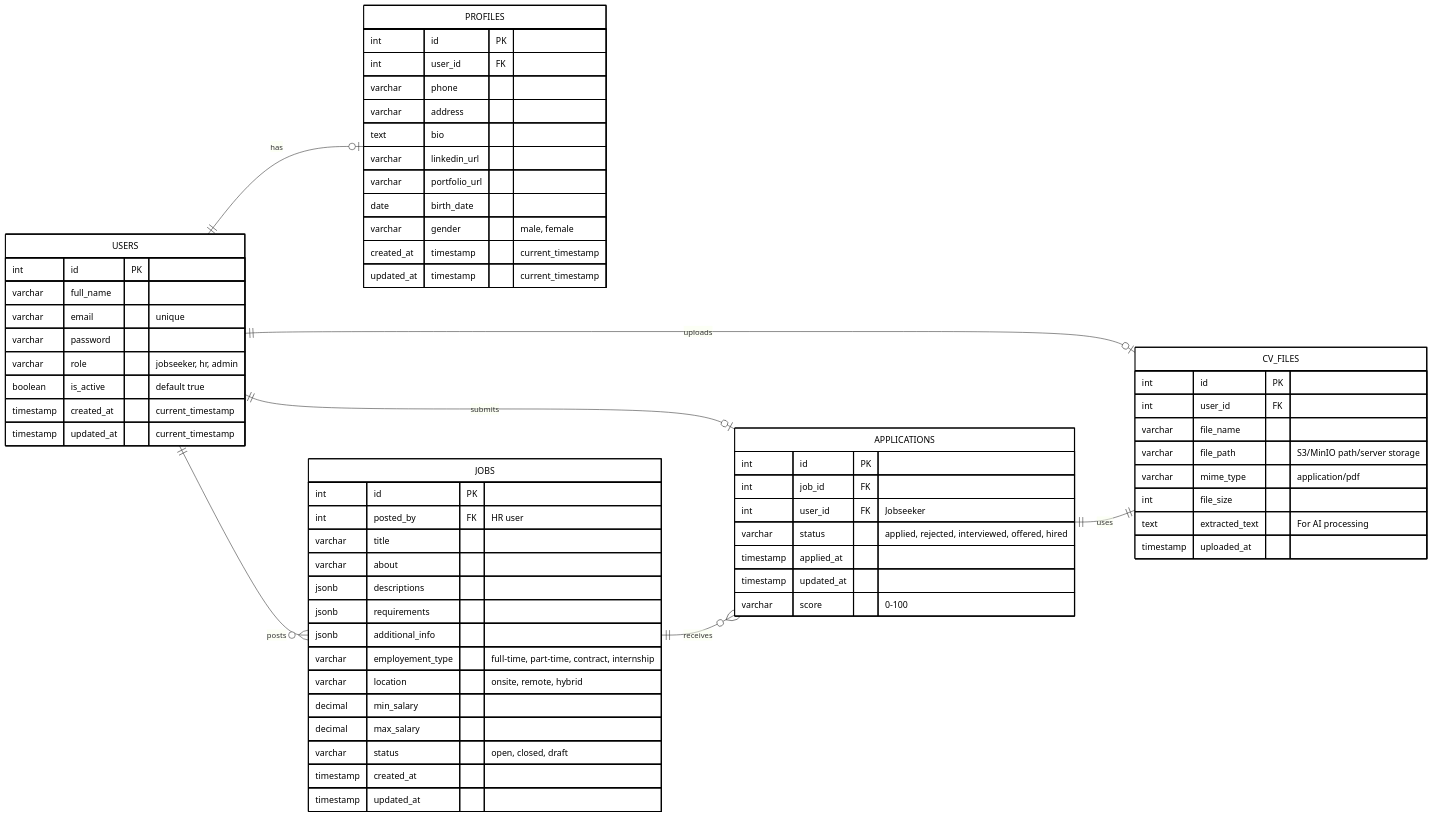
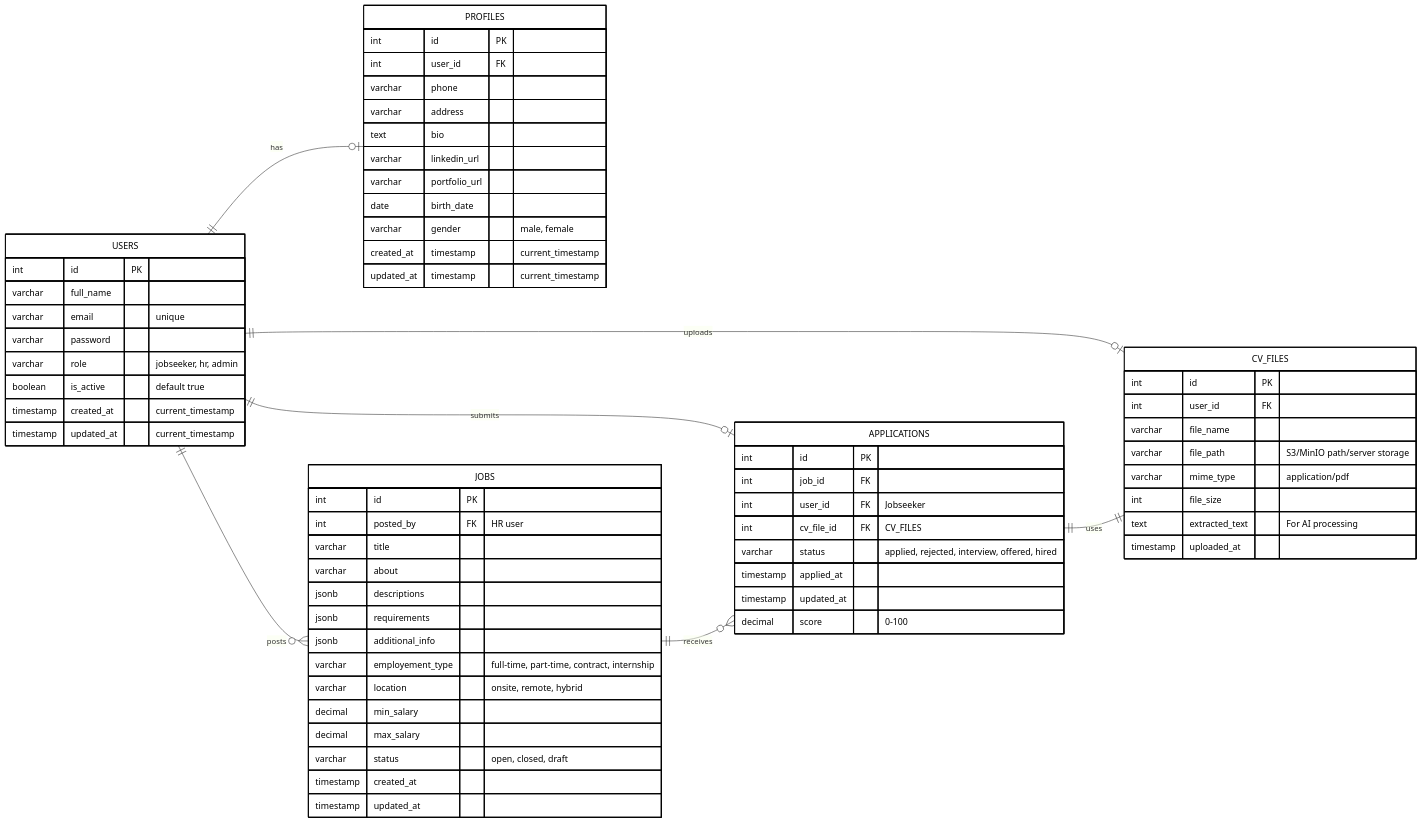
Before and after one commit to sepsarip/ats-project: the diagram in erd.mermaid, drawn with Mermaid. The commit also changed 6 other files, not shown here.

```diff
--- a/erd.mermaid
+++ b/erd.mermaid
@@ -1,92 +1,93 @@
 erDiagram
     direction LR
     %% ==========================================
     %% USERS & AUTHENTICATION
     %% ==========================================
     USERS {
         int id PK
         varchar full_name
         varchar email "unique"
         varchar password
         varchar role "jobseeker, hr, admin"
         boolean is_active "default true"
         timestamp created_at "current_timestamp"
         timestamp updated_at "current_timestamp"
     }
 
     PROFILES {
         int id PK
         int user_id FK
         varchar phone
         varchar address
         text bio
         varchar linkedin_url
         varchar portfolio_url
         date birth_date
         varchar gender "male, female"
         created_at timestamp "current_timestamp"
         updated_at timestamp "current_timestamp"
     }
 
     %% ==========================================
     %% JOB POSTINGS
     %% ==========================================
     JOBS {
         int id PK
         int posted_by FK "HR user"
         varchar title
         varchar about
         jsonb descriptions
         jsonb requirements
         jsonb additional_info
         varchar employement_type "full-time, part-time, contract, internship"
         varchar location "onsite, remote, hybrid"
         decimal min_salary
         decimal max_salary
         varchar status "open, closed, draft"
         timestamp created_at
         timestamp updated_at
     }
 
     %% ==========================================
     %% CANDIDATES & APPLICATIONS
     %% ==========================================
     APPLICATIONS {
         int id PK
         int job_id FK
         int user_id FK "Jobseeker"
-        varchar status "applied, rejected, interviewed, offered, hired"
+        int cv_file_id FK "CV_FILES"
+        varchar status "applied, rejected, interview, offered, hired"
         timestamp applied_at
         timestamp updated_at
-        varchar score "0-100"
+        decimal score "0-100"
     }
 
     %% ==========================================
     %% CV/RESUME STORAGE
     %% ==========================================
     CV_FILES {
         int id PK
         int user_id FK
         varchar file_name
         varchar file_path "S3/MinIO path/server storage"
         varchar mime_type "application/pdf"
         int file_size
         text extracted_text "For AI processing"
         timestamp uploaded_at
     }
 
     %% ==========================================
     %% RELATIONSHIPS
     %% ==========================================
     USERS ||--o| PROFILES : "has"
     USERS ||--o| APPLICATIONS : "submits"
     USERS ||--o| CV_FILES : "uploads"
     USERS ||--o{ JOBS : "posts"
     JOBS ||--o{ APPLICATIONS : "receives"
     APPLICATIONS ||--|| CV_FILES : "uses"
 
     %% ==========================================
     %% STYLING (Background Putih, Garis Hitam, Text Hitam)
     %% ==========================================
     classDef default fill:#FFFFFF,stroke:#000000,stroke-width:2px,color:#000000
-    class USER,PROFILES,SOBS,APPLICATIONS,CV_FILES default
+    class USER,PROFILES,JOBS,APPLICATIONS,CV_FILES default
```
